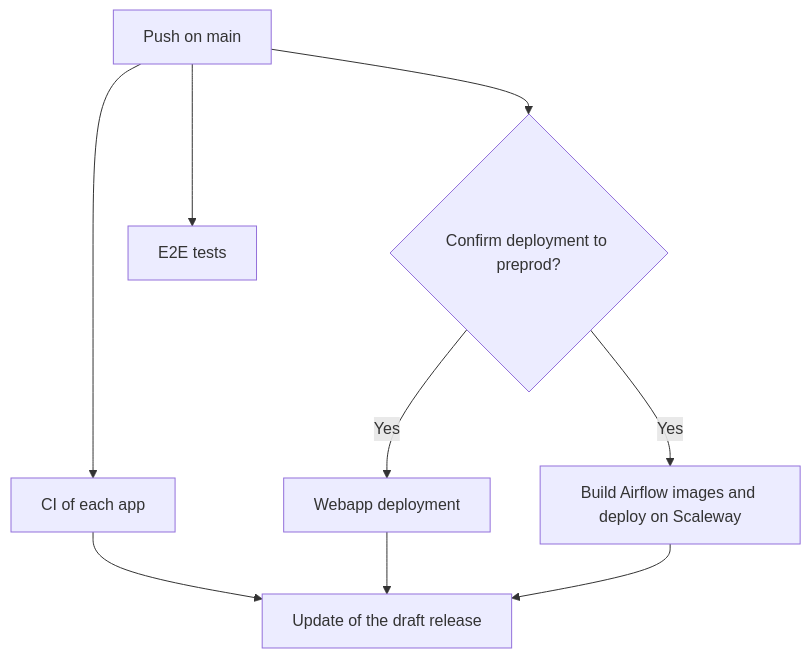
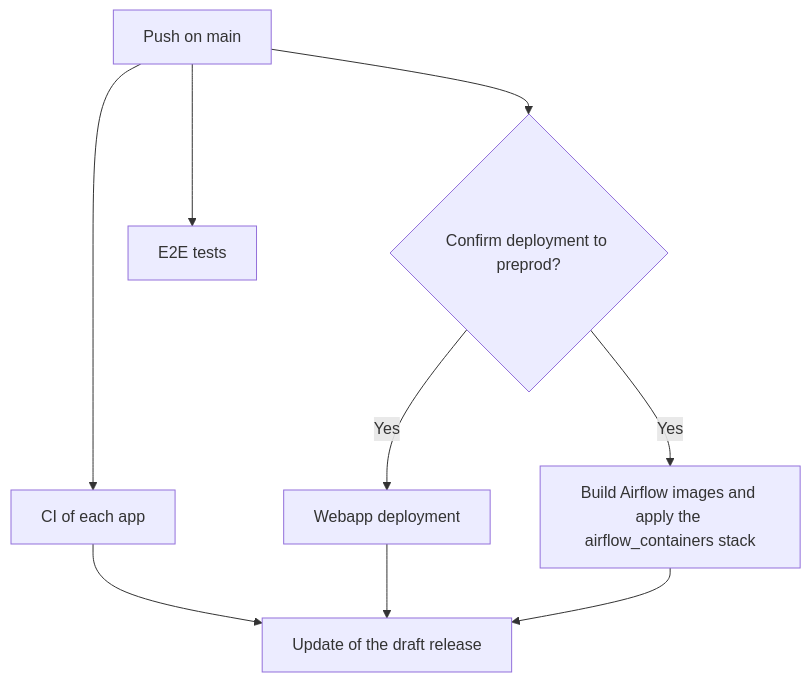
One commit to incubateur-ademe/quefairedemesobjets changed the second of 3 diagrams in docs/reference/infrastructure/ci-cd.md. Above: the diagram before and after it, drawn with Mermaid. The commit also changed other lines of this file and 16 other files, not shown here.

First line of the commit message:
ci: deploy Airflow and the gateway by applying their Terragrunt stack

````diff
--- a/docs/reference/infrastructure/ci-cd.md
+++ b/docs/reference/infrastructure/ci-cd.md
@@ -65,11 +69,11 @@
 ```mermaid
 graph TD
     A[Push on main] --> C[CI of each app]
     A --> W{Confirm deployment to preprod?}
     W -->|Yes| F[Webapp deployment]
-    W -->|Yes| G[Build Airflow images and deploy on Scaleway]
+    W -->|Yes| G[Build Airflow images and apply the airflow_containers stack]
     A --> E[E2E tests]
     C --> H[Update of the draft release]
     F --> H
     G --> H
 ```
````
